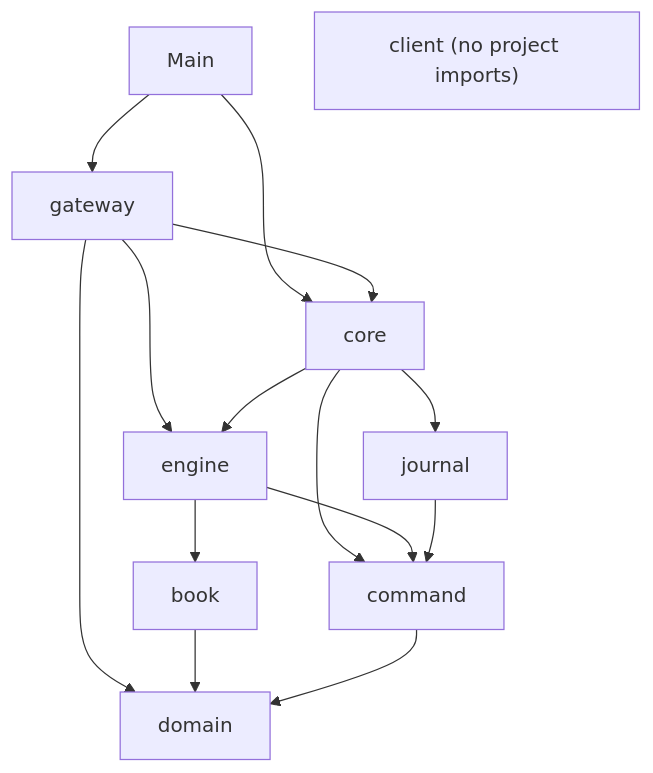
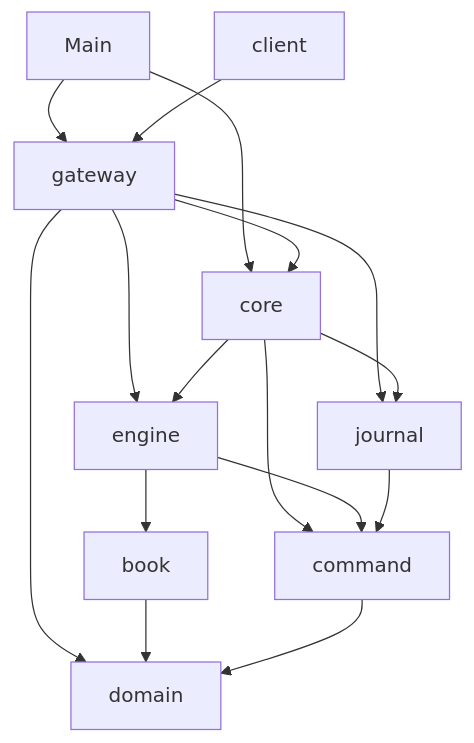
The diagram in docs/understanding/03-codebase-map.md (SampannaNampalli/ExchangeSystem), drawn with Mermaid before and after one commit. The commit also changed other lines of this file and 30 other files, not shown here.

````diff
--- a/docs/understanding/03-codebase-map.md
+++ b/docs/understanding/03-codebase-map.md
@@ -59,17 +65,18 @@
 ```mermaid
 flowchart TD
     Main --> gateway
     Main --> core
     gateway --> core
     gateway --> engine
     gateway --> domain
+    gateway --> journal
+    client --> gateway
     core --> engine
     core --> journal
     core --> command
     engine --> book
     engine --> command
     journal --> command
     book --> domain
     command --> domain
-    client["client (no project imports)"]
 ```
````
